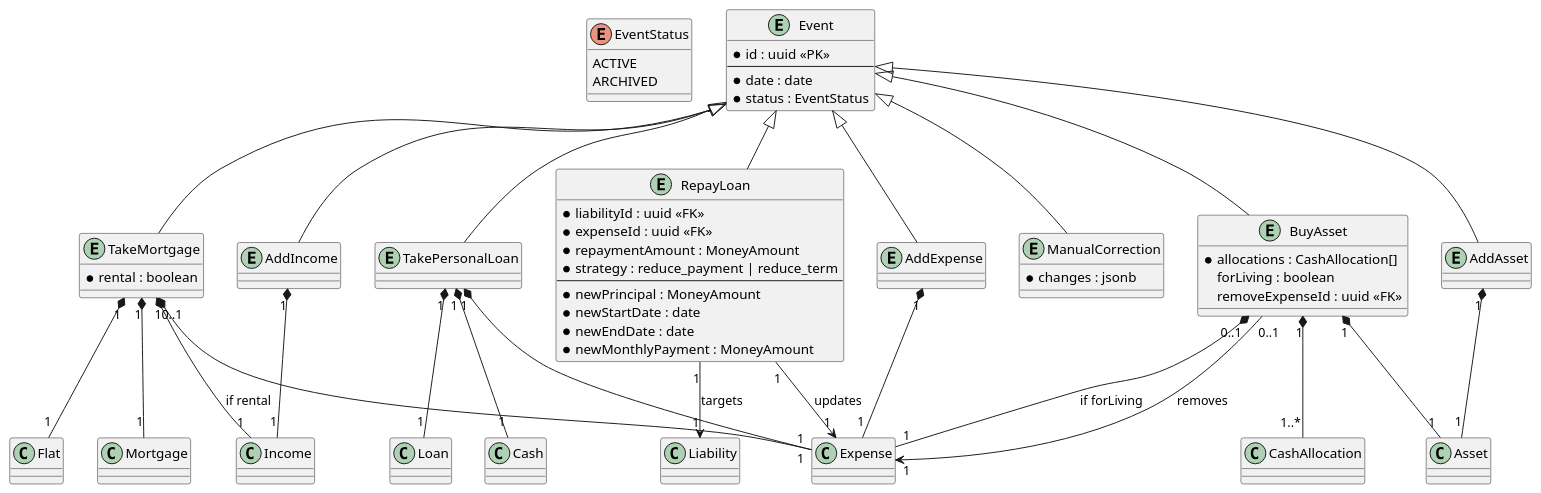
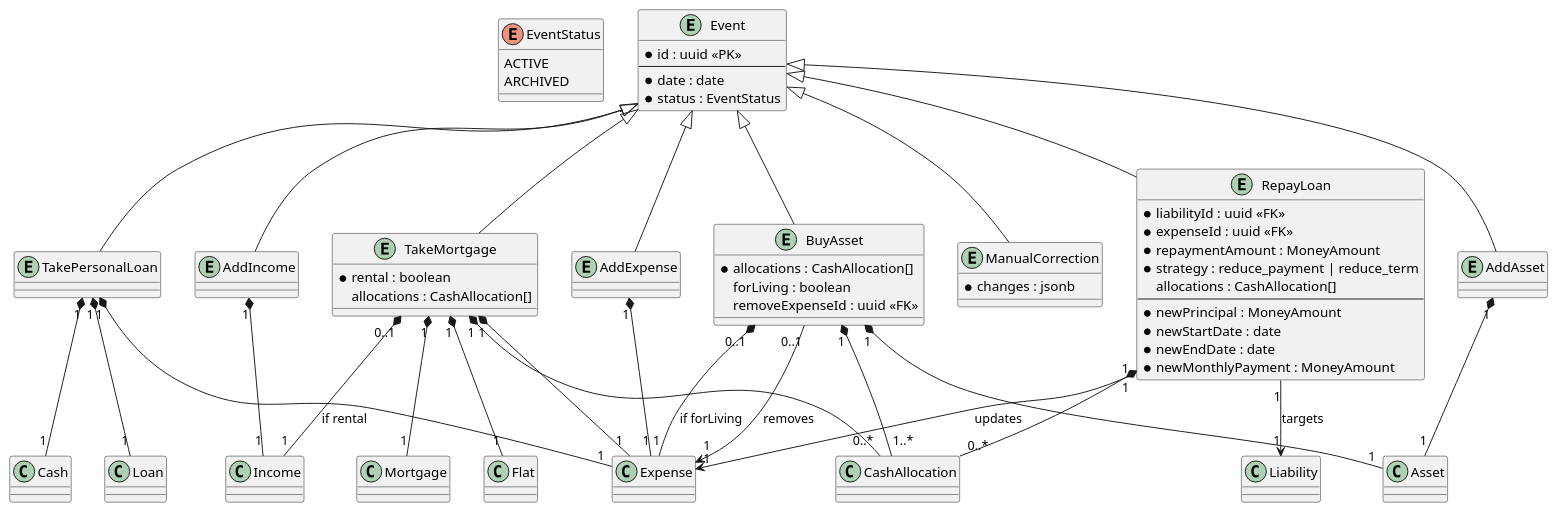
Before and after one commit to littlewhywhat/loan-advisor: the diagram in spec/diagram/events.puml, drawn with PlantUML. The commit also changed 13 other files, not shown here.

```diff
--- a/spec/diagram/events.puml
+++ b/spec/diagram/events.puml
@@ -1,84 +1,88 @@
 @startuml finance-events
 
 enum EventStatus {
   ACTIVE
   ARCHIVED
 }
 
 entity Event {
   * id : uuid <<PK>>
   --
   * date : date
   * status : EventStatus
 }
 
 entity TakeMortgage {
   * rental : boolean
+  allocations : CashAllocation[]
 }
 
 entity TakePersonalLoan {
 }
 
 entity AddAsset {
 }
 
 entity AddIncome {
 }
 
 entity AddExpense {
 }
 
 entity ManualCorrection {
   * changes : jsonb
 }
 
 entity RepayLoan {
   * liabilityId : uuid <<FK>>
   * expenseId : uuid <<FK>>
   * repaymentAmount : MoneyAmount
   * strategy : reduce_payment | reduce_term
+  allocations : CashAllocation[]
   --
   * newPrincipal : MoneyAmount
   * newStartDate : date
   * newEndDate : date
   * newMonthlyPayment : MoneyAmount
 }
 
 entity BuyAsset {
   * allocations : CashAllocation[]
   forLiving : boolean
   removeExpenseId : uuid <<FK>>
 }
 
 Event <|-- TakeMortgage
 Event <|-- TakePersonalLoan
 Event <|-- AddAsset
 Event <|-- AddIncome
 Event <|-- AddExpense
 Event <|-- ManualCorrection
 Event <|-- RepayLoan
 Event <|-- BuyAsset
 
 TakeMortgage "1" *-- "1" Mortgage
 TakeMortgage "1" *-- "1" Flat
 TakeMortgage "1" *-- "1" Expense
 TakeMortgage "0..1" *-- "1" Income : if rental
+TakeMortgage "1" *-- "0..*" CashAllocation
 
 TakePersonalLoan "1" *-- "1" Loan
 TakePersonalLoan "1" *-- "1" Cash
 TakePersonalLoan "1" *-- "1" Expense
 
 AddAsset "1" *-- "1" Asset
 
 AddIncome "1" *-- "1" Income
 AddExpense "1" *-- "1" Expense
 
 RepayLoan "1" --> "1" Liability : targets
 RepayLoan "1" --> "1" Expense : updates
+RepayLoan "1" *-- "0..*" CashAllocation
 
 BuyAsset "1" *-- "1" Asset
 BuyAsset "1" *-- "1..*" CashAllocation
 BuyAsset "0..1" *-- "1" Expense : if forLiving
 BuyAsset "0..1" --> "1" Expense : removes
 
 @enduml
```
